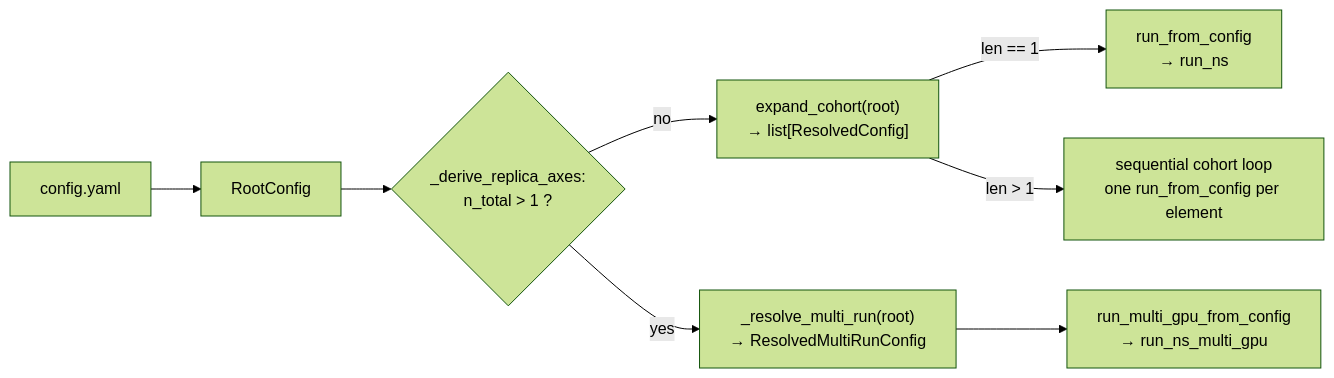
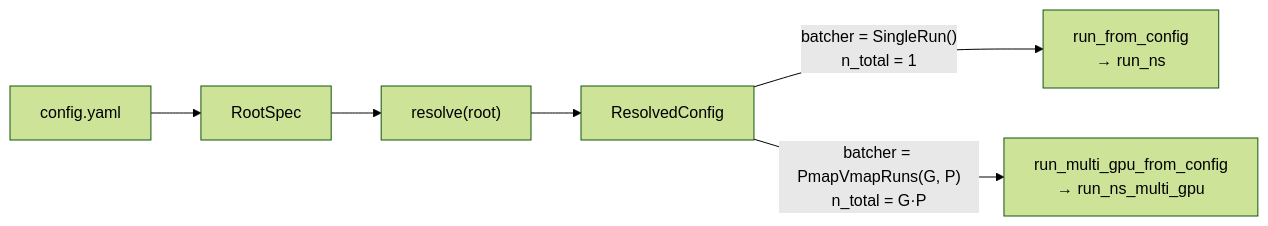
Before and after one commit to nunglert/jaxrens: the second of 5 diagrams in docs/user/concepts/schema_resolve.md, drawn with Mermaid (forest theme). The commit also changed other lines of this file and 37 other files, not shown here.

Commit message:
Unified the resolver into single replica and multi replica init

````diff
--- a/docs/user/concepts/schema_resolve.md
+++ b/docs/user/concepts/schema_resolve.md
@@ -73,10 +81,8 @@
 ```{mermaid}
 flowchart LR
-    Y["config.yaml"] --> RC["RootConfig"]
-    RC --> DR{"_derive_replica_axes:<br/>n_total > 1 ?"}
-    DR -->|"no"| EC["expand_cohort(root)<br/>→ list[ResolvedConfig]"]
-    DR -->|"yes"| MR["_resolve_multi_run(root)<br/>→ ResolvedMultiRunConfig"]
-    EC -->|"len == 1"| RFC["run_from_config<br/>→ run_ns"]
-    EC -->|"len > 1"| LOOP["sequential cohort loop<br/>one run_from_config per element"]
-    MR --> RMG["run_multi_gpu_from_config<br/>→ run_ns_multi_gpu"]
+    Y["config.yaml"] --> RC["RootSpec"]
+    RC --> RES["resolve(root)"]
+    RES --> RC2["ResolvedConfig"]
+    RC2 -->|"batcher = SingleRun()<br/>n_total = 1"| RFC["run_from_config<br/>→ run_ns"]
+    RC2 -->|"batcher = PmapVmapRuns(G, P)<br/>n_total = G·P"| RMG["run_multi_gpu_from_config<br/>→ run_ns_multi_gpu"]
 ```
````
